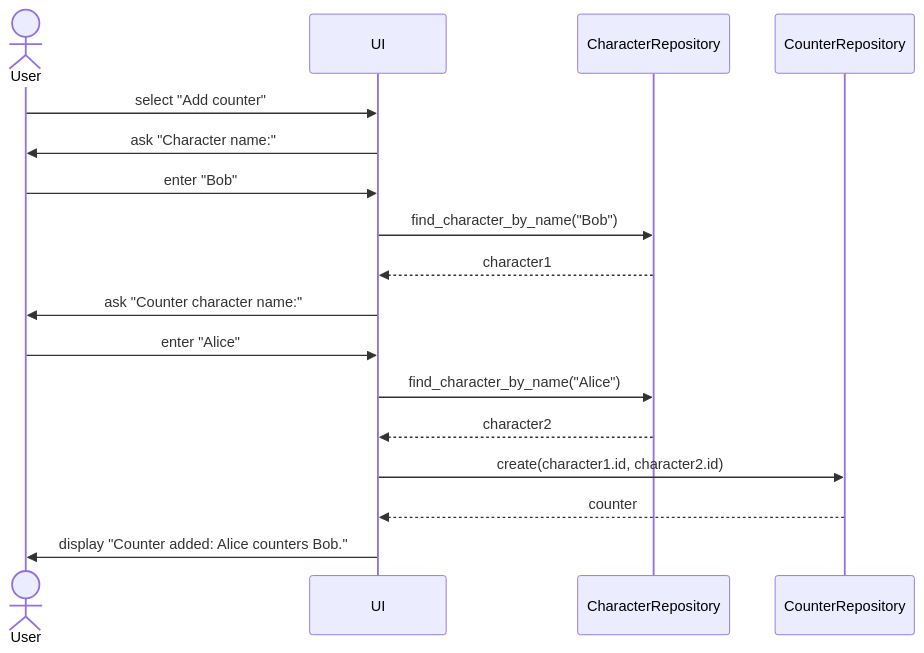
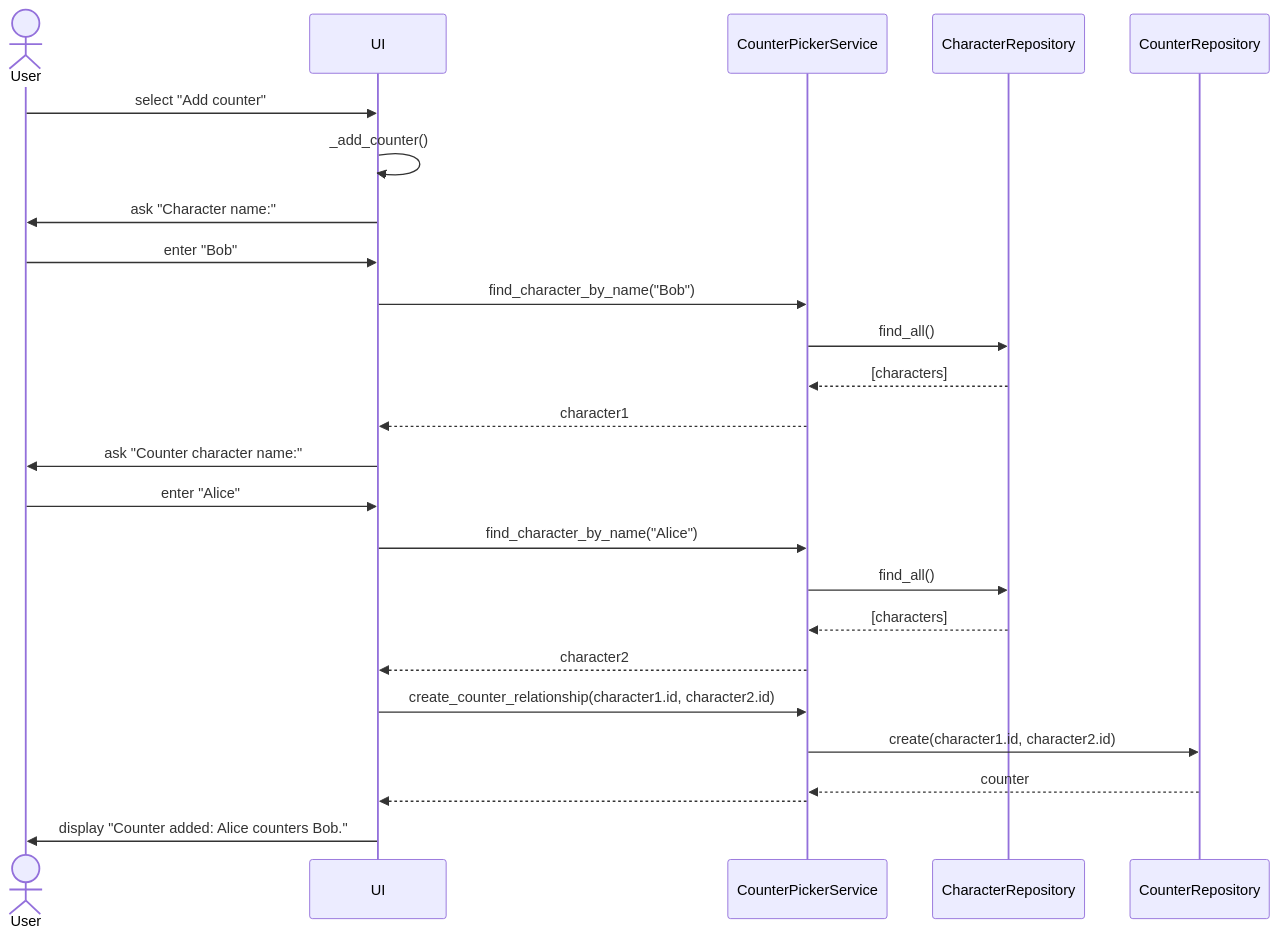
One commit to jkuusto/ot-harjoitustyo changed the third of 4 diagrams in dokumentaatio/arkkitehtuuri.md. Above: the diagram before and after it, drawn with Mermaid. The commit also changed other lines of this file and 6 other files, not shown here.

````diff
--- a/dokumentaatio/arkkitehtuuri.md
+++ b/dokumentaatio/arkkitehtuuri.md
@@ -30,22 +58,30 @@
 ```mermaid
 sequenceDiagram
   actor User
   participant UI
+  participant CounterPickerService
   participant CharacterRepository
   participant CounterRepository
 
   User->>UI: select "Add counter"
+  UI->>UI: _add_counter()
   UI->>User: ask "Character name:"
   User->>UI: enter "Bob"
-  UI->>CharacterRepository: find_character_by_name("Bob")
-  CharacterRepository-->>UI: character1
+  UI->>CounterPickerService: find_character_by_name("Bob")
+  CounterPickerService->>CharacterRepository: find_all()
+  CharacterRepository-->>CounterPickerService: [characters]
+  CounterPickerService-->>UI: character1
 
   UI->>User: ask "Counter character name:"
   User->>UI: enter "Alice"
-  UI->>CharacterRepository: find_character_by_name("Alice")
-  CharacterRepository-->>UI: character2
+  UI->>CounterPickerService: find_character_by_name("Alice")
+  CounterPickerService->>CharacterRepository: find_all()
+  CharacterRepository-->>CounterPickerService: [characters]
+  CounterPickerService-->>UI: character2
 
-  UI->>CounterRepository: create(character1.id, character2.id)
-  CounterRepository-->>UI: counter
+  UI->>CounterPickerService: create_counter_relationship(character1.id, character2.id)
+  CounterPickerService->>CounterRepository: create(character1.id, character2.id)
+  CounterRepository-->>CounterPickerService: counter
+  CounterPickerService-->>UI:
   UI->>User: display "Counter added: Alice counters Bob."
 ```
````
